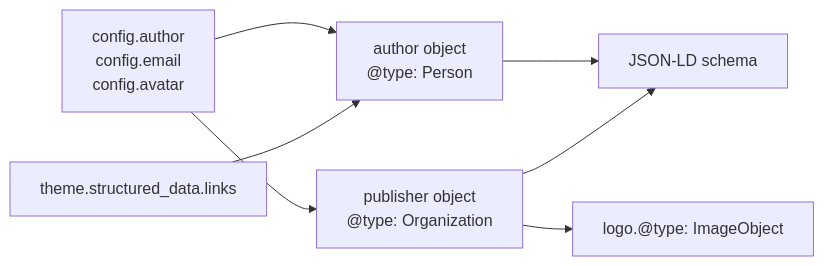
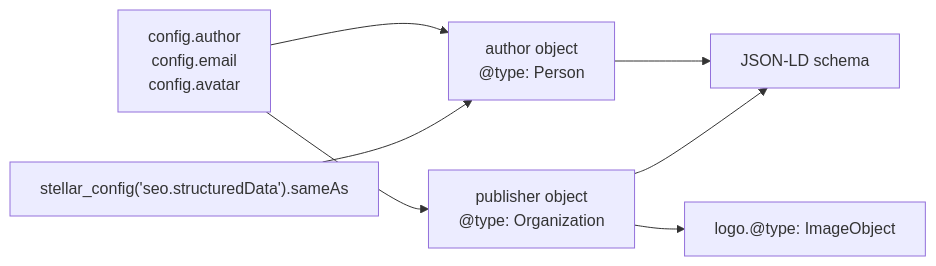
One commit to xaoxuu/hexo-theme-stellar changed the sixth of 8 diagrams in docs/knowledge/02-布局系统/head-seo.md. Above: the diagram before and after it, drawn with Mermaid. The commit also changed other lines of this file and 33 other files, not shown here.

````diff
--- a/docs/knowledge/02-布局系统/head-seo.md
+++ b/docs/knowledge/02-布局系统/head-seo.md
@@ -364,12 +365,12 @@
 ```mermaid
 graph LR
     CONFIG["config.author<br/>config.email<br/>config.avatar"] --> AUTHOR["author object<br/>@type: Person"]
     CONFIG --> PUBLISHER["publisher object<br/>@type: Organization"]
     
-    STRUCTDATA["theme.structured_data.links"] --> AUTHOR
+    STRUCTDATA["stellar_config('seo.structuredData').sameAs"] --> AUTHOR
     
     AUTHOR --> SCHEMA["JSON-LD schema"]
     PUBLISHER --> SCHEMA
     
     PUBLISHER --> LOGO["logo.@type: ImageObject"]
 ```
````
